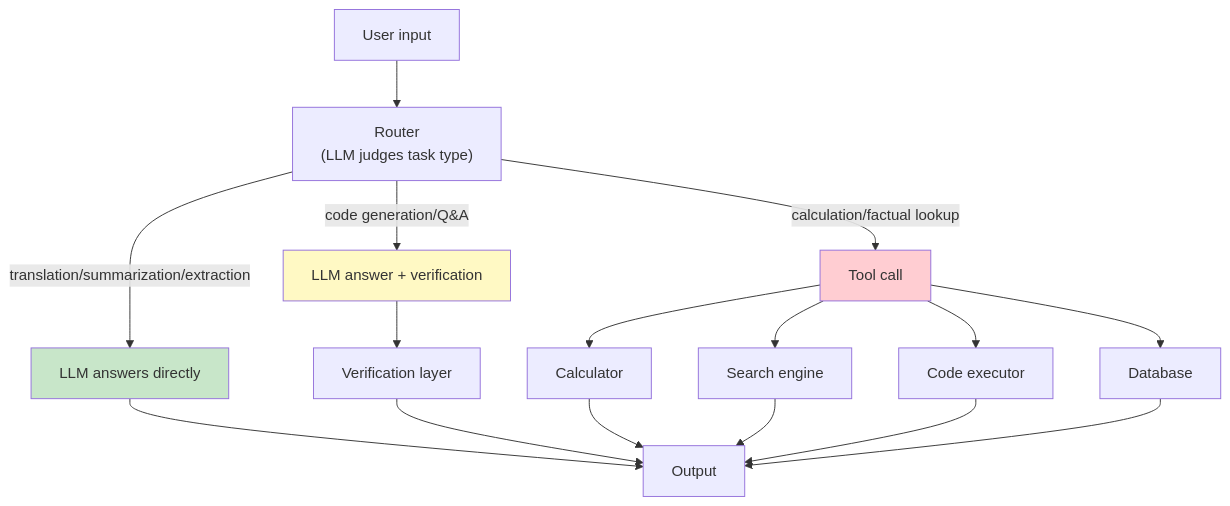
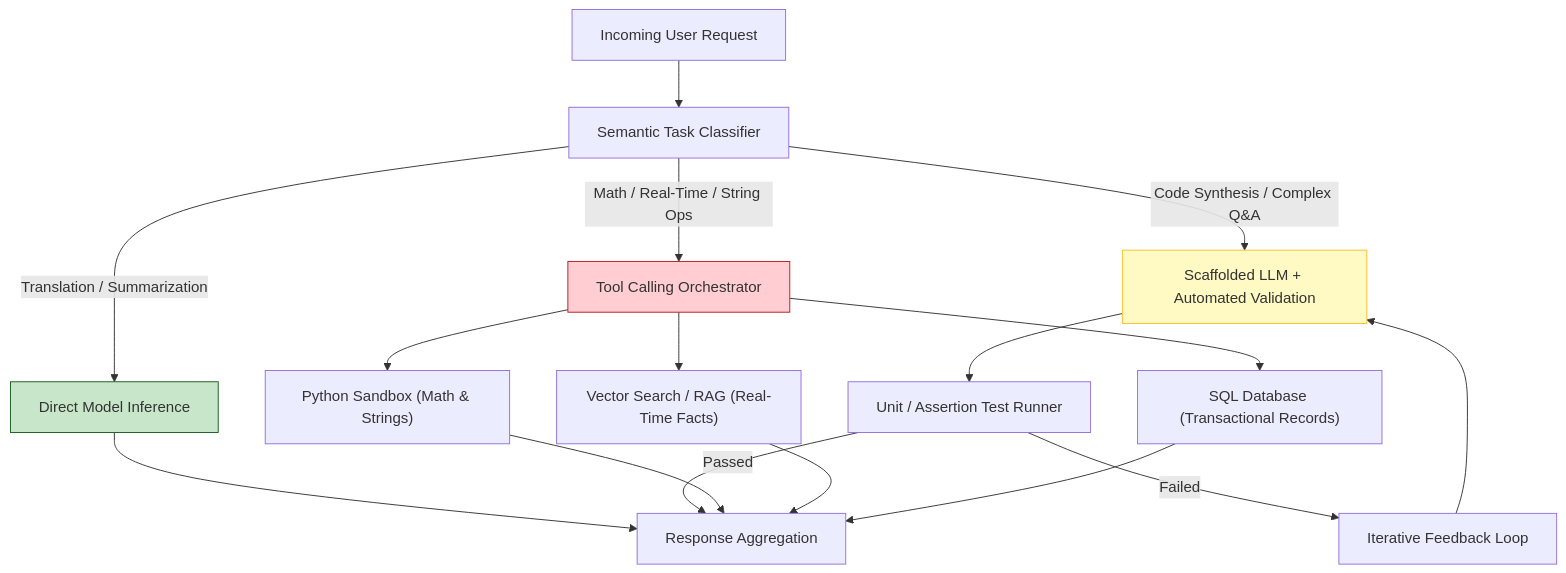
One commit to yingwang/thinking-in-llm changed the eighth of 9 diagrams in en/chapters/06-limitations.md. Above: the diagram before and after it, drawn with Mermaid. The commit also changed other lines of this file and 31 other files, not shown here.

````diff
--- a/en/chapters/06-limitations.md
+++ b/en/chapters/06-limitations.md
@@ -574,22 +455,24 @@
 ```mermaid
 flowchart TD
-    U["User input"] --> R["Router<br>(LLM judges task type)"]
-    R -->|translation/summarization/extraction| LLM["LLM answers directly"]
-    R -->|code generation/Q&A| LLM2["LLM answer + verification"]
-    R -->|calculation/factual lookup| T["Tool call"]
-    T --> CALC["Calculator"]
-    T --> SEARCH["Search engine"]
-    T --> CODE["Code executor"]
-    T --> DB["Database"]
+    UserQuery["Incoming User Request"] --> SemanticRouter["Semantic Task Classifier"]
 
-    LLM --> OUT["Output"]
-    LLM2 --> V["Verification layer"] --> OUT
-    CALC --> OUT
-    SEARCH --> OUT
-    CODE --> OUT
-    DB --> OUT
+    SemanticRouter -->|Translation / Summarization| DirectLLM["Direct Model Inference"]
+    SemanticRouter -->|Code Synthesis / Complex Q&A| VerifiedLLM["Scaffolded LLM + Automated Validation"]
+    SemanticRouter -->|Math / Real-Time / String Ops| ToolOrchestrator["Tool Calling Orchestrator"]
 
-    style LLM fill:#c8e6c9
-    style LLM2 fill:#fff9c4
-    style T fill:#ffcdd2
+    ToolOrchestrator --> PythonSandbox["Python Sandbox (Math & Strings)"]
+    ToolOrchestrator --> VectorDB["Vector Search / RAG (Real-Time Facts)"]
+    ToolOrchestrator --> SQLDatabase["SQL Database (Transactional Records)"]
+
+    DirectLLM --> FinalSynthesis["Response Aggregation"]
+    VerifiedLLM --> UnitTests["Unit / Assertion Test Runner"]
+    UnitTests -->|Passed| FinalSynthesis
+    UnitTests -->|Failed| SelfCorrection["Iterative Feedback Loop"] --> VerifiedLLM
+    PythonSandbox --> FinalSynthesis
+    VectorDB --> FinalSynthesis
+    SQLDatabase --> FinalSynthesis
+
+    style DirectLLM fill:#c8e6c9,stroke:#1b5e20
+    style VerifiedLLM fill:#fff9c4,stroke:#fbc02d
+    style ToolOrchestrator fill:#ffcdd2,stroke:#b71c1c
 ```
````
